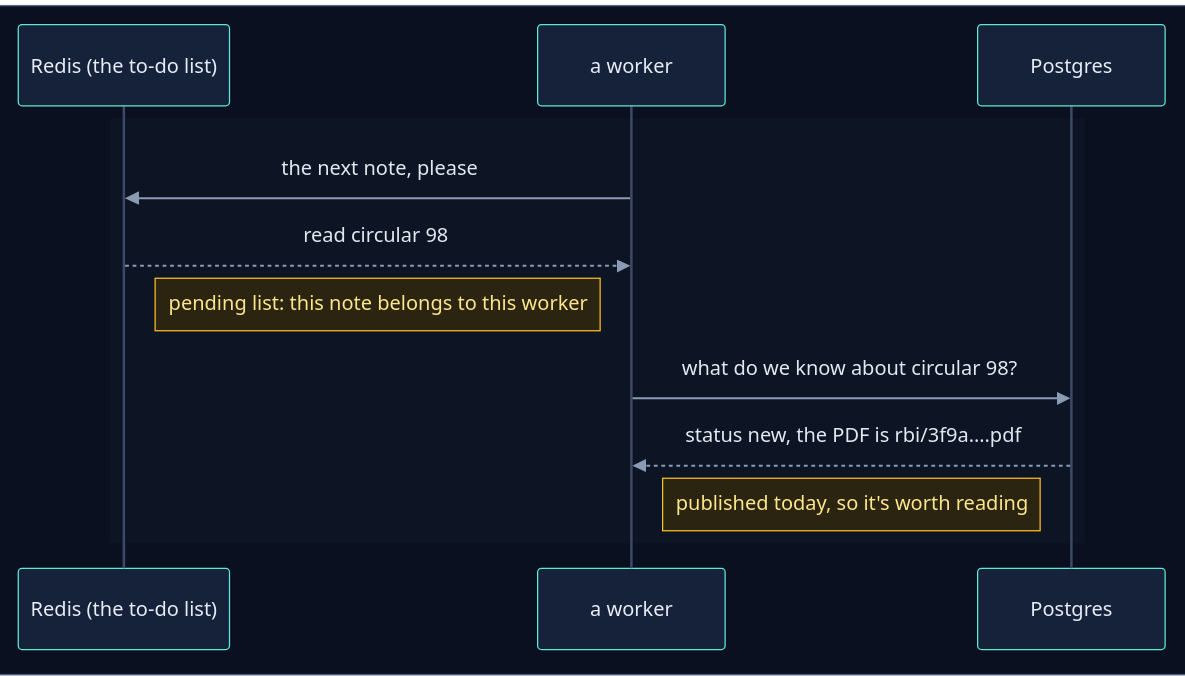
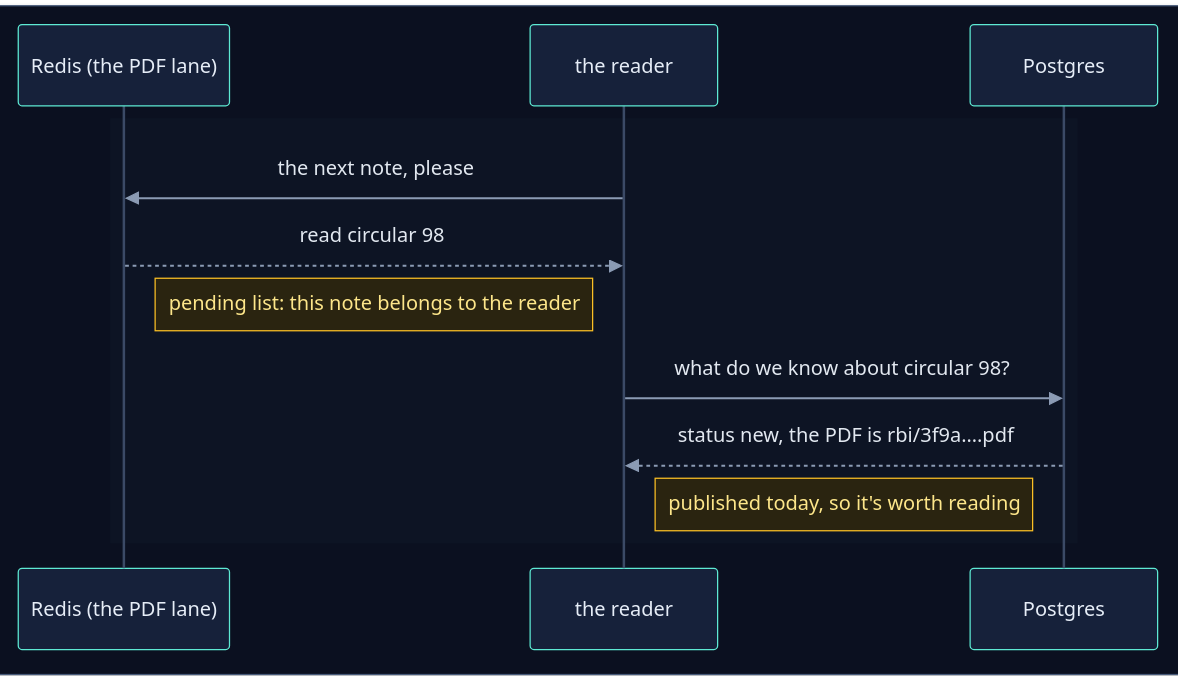
Before and after one commit to selvakumarperumal/Regulatory_Circular_Impact_Agent: the seventh of 56 diagrams in how_it_works.md, drawn with Mermaid. The commit also changed other lines of this file and 7 other files, not shown here.

Commit message:
Document the PDF lane and the main lane

````diff
--- a/how_it_works.md
+++ b/how_it_works.md
@@ -430,18 +448,18 @@
 ```mermaid
 %%{init: {"theme": "base", "sequence": {"diagramMarginX": 0, "diagramMarginY": 0}, "themeVariables": {"darkMode": true, "primaryColor": "#16213a", "primaryTextColor": "#e6edf7", "primaryBorderColor": "#475a7a", "lineColor": "#8b9bb4", "secondaryColor": "#1b2436", "tertiaryColor": "#101a2e", "edgeLabelBackground": "#0f172a", "textColor": "#e2e8f0", "actorBkg": "#16213a", "actorBorder": "#5eead4", "actorTextColor": "#e6edf7", "actorLineColor": "#3b4a66", "signalColor": "#8b9bb4", "signalTextColor": "#e2e8f0", "noteBkgColor": "#2a2410", "noteBorderColor": "#fbbf24", "noteTextColor": "#fde68a", "labelBoxBkgColor": "#1e293b", "labelBoxBorderColor": "#64748b", "labelTextColor": "#e2e8f0", "loopTextColor": "#c4b5fd", "sequenceNumberColor": "#0b1020", "activationBkgColor": "#1e293b"}}}%%
 sequenceDiagram
     box rgb(11, 16, 32)
-        participant Q as Redis (the to-do list)
-        participant K as a worker
+        participant Q as Redis (the PDF lane)
+        participant K as the reader
         participant DB as Postgres
     end
 
     rect rgb(13, 20, 36)
         K->>Q: the next note, please
         Q-->>K: read circular 98
-        Note right of Q: pending list: this note belongs to this worker
+        Note right of Q: pending list: this note belongs to the reader
         K->>DB: what do we know about circular 98?
         DB-->>K: status new, the PDF is rbi/3f9a….pdf
         Note right of K: published today, so it's worth reading
     end
 ```
````
